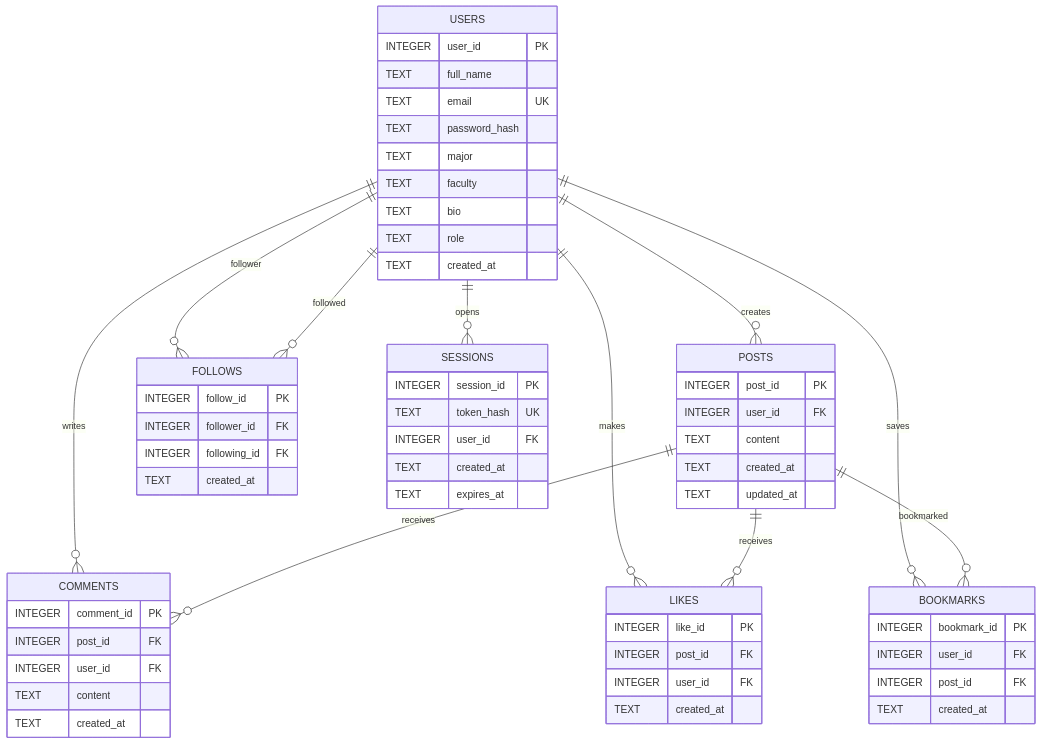
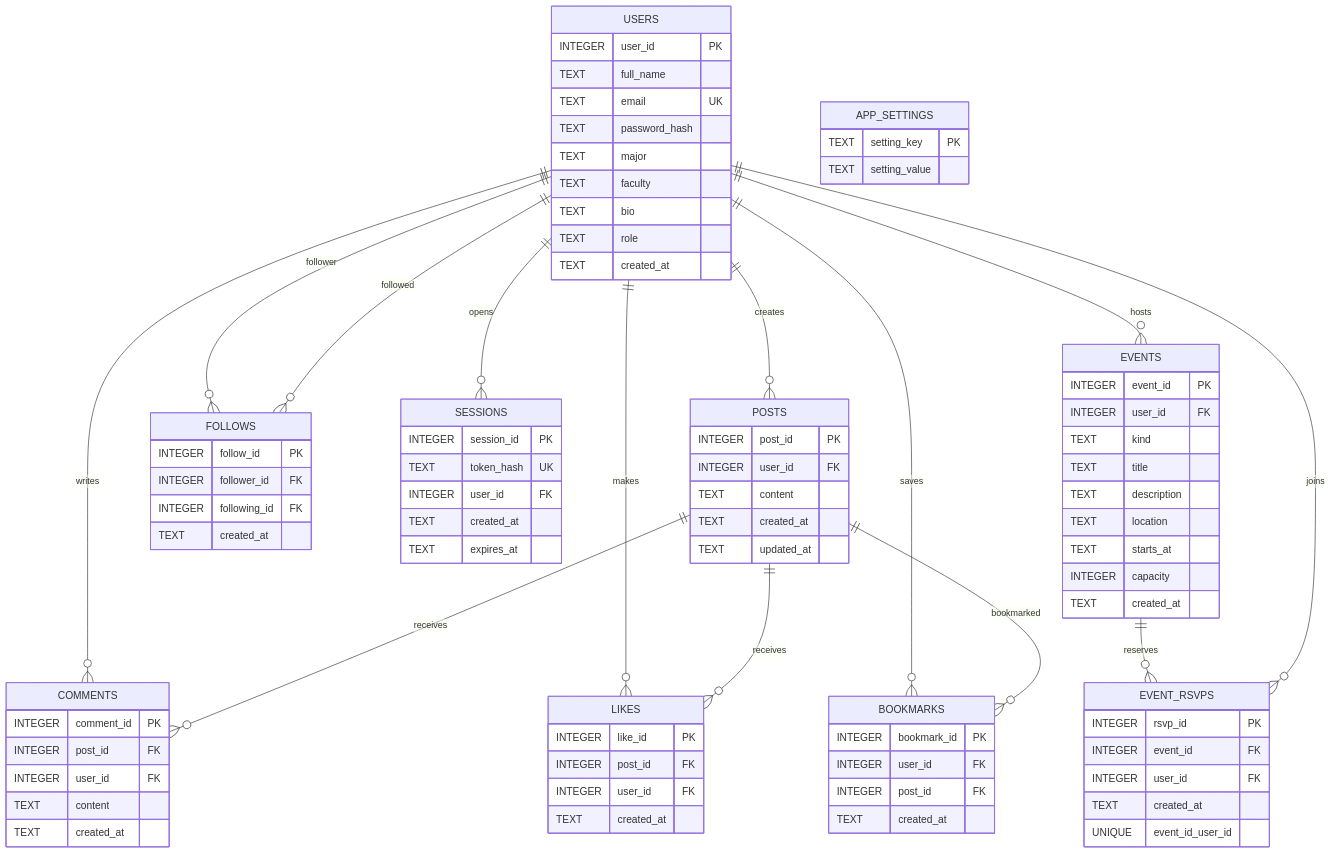
The diagram in docs/erd.mmd (SsToRR/BIS), drawn with Mermaid before and after one commit. The commit also changed 16 other files, not shown here.

```diff
--- a/docs/erd.mmd
+++ b/docs/erd.mmd
@@ -1,61 +1,86 @@
 erDiagram
   USERS {
     INTEGER user_id PK
     TEXT full_name
     TEXT email UK
     TEXT password_hash
     TEXT major
     TEXT faculty
     TEXT bio
     TEXT role
     TEXT created_at
   }
   POSTS {
     INTEGER post_id PK
     INTEGER user_id FK
     TEXT content
     TEXT created_at
     TEXT updated_at
   }
   COMMENTS {
     INTEGER comment_id PK
     INTEGER post_id FK
     INTEGER user_id FK
     TEXT content
     TEXT created_at
   }
   LIKES {
     INTEGER like_id PK
     INTEGER post_id FK
     INTEGER user_id FK
     TEXT created_at
   }
   BOOKMARKS {
     INTEGER bookmark_id PK
     INTEGER user_id FK
     INTEGER post_id FK
     TEXT created_at
   }
   FOLLOWS {
     INTEGER follow_id PK
     INTEGER follower_id FK
     INTEGER following_id FK
     TEXT created_at
   }
   SESSIONS {
     INTEGER session_id PK
     TEXT token_hash UK
     INTEGER user_id FK
     TEXT created_at
     TEXT expires_at
   }
+  EVENTS {
+    INTEGER event_id PK
+    INTEGER user_id FK
+    TEXT kind
+    TEXT title
+    TEXT description
+    TEXT location
+    TEXT starts_at
+    INTEGER capacity
+    TEXT created_at
+  }
+  EVENT_RSVPS {
+    INTEGER rsvp_id PK
+    INTEGER event_id FK
+    INTEGER user_id FK
+    TEXT created_at
+    UNIQUE event_id_user_id
+  }
+  APP_SETTINGS {
+    TEXT setting_key PK
+    TEXT setting_value
+  }
   USERS ||--o{ POSTS : creates
   USERS ||--o{ COMMENTS : writes
   POSTS ||--o{ COMMENTS : receives
   USERS ||--o{ LIKES : makes
   POSTS ||--o{ LIKES : receives
   USERS ||--o{ BOOKMARKS : saves
   POSTS ||--o{ BOOKMARKS : bookmarked
   USERS ||--o{ FOLLOWS : follower
   USERS ||--o{ FOLLOWS : followed
   USERS ||--o{ SESSIONS : opens
+  USERS ||--o{ EVENTS : hosts
+  EVENTS ||--o{ EVENT_RSVPS : reserves
+  USERS ||--o{ EVENT_RSVPS : joins
```
